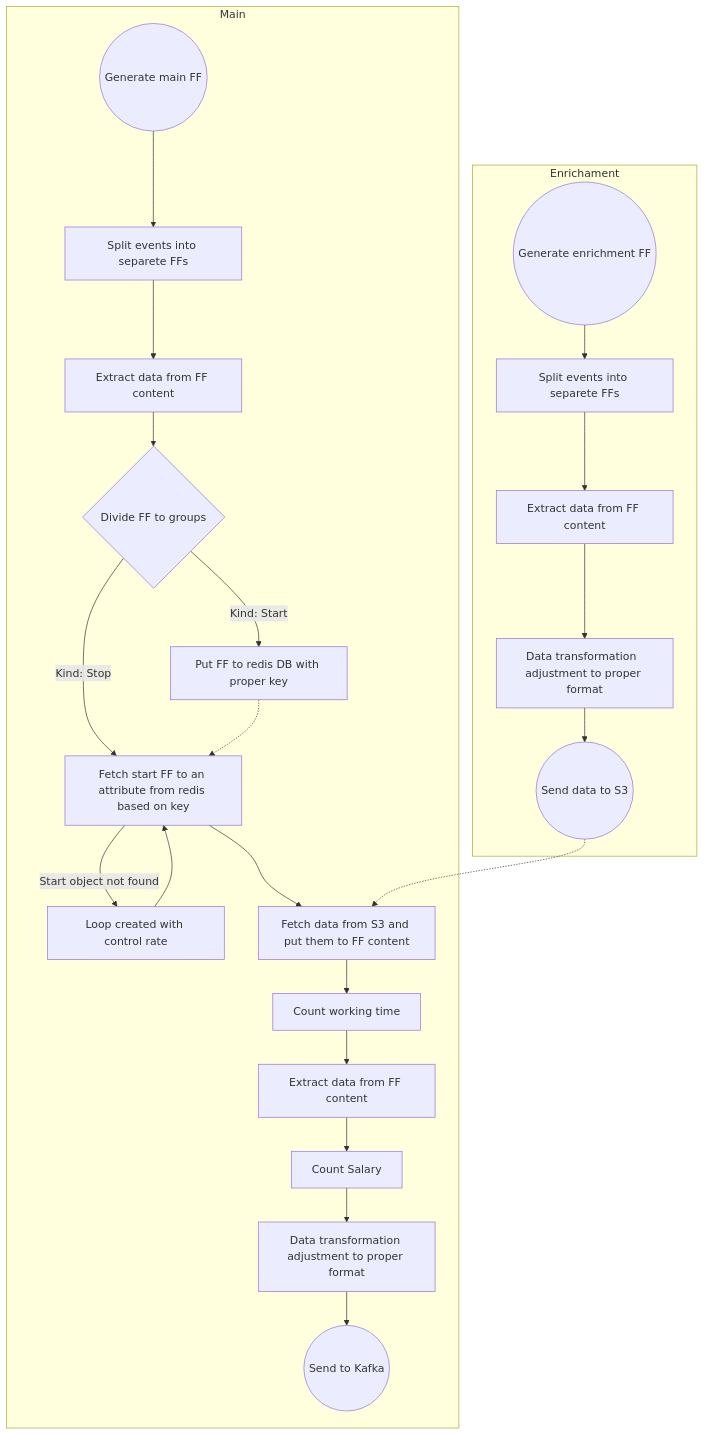
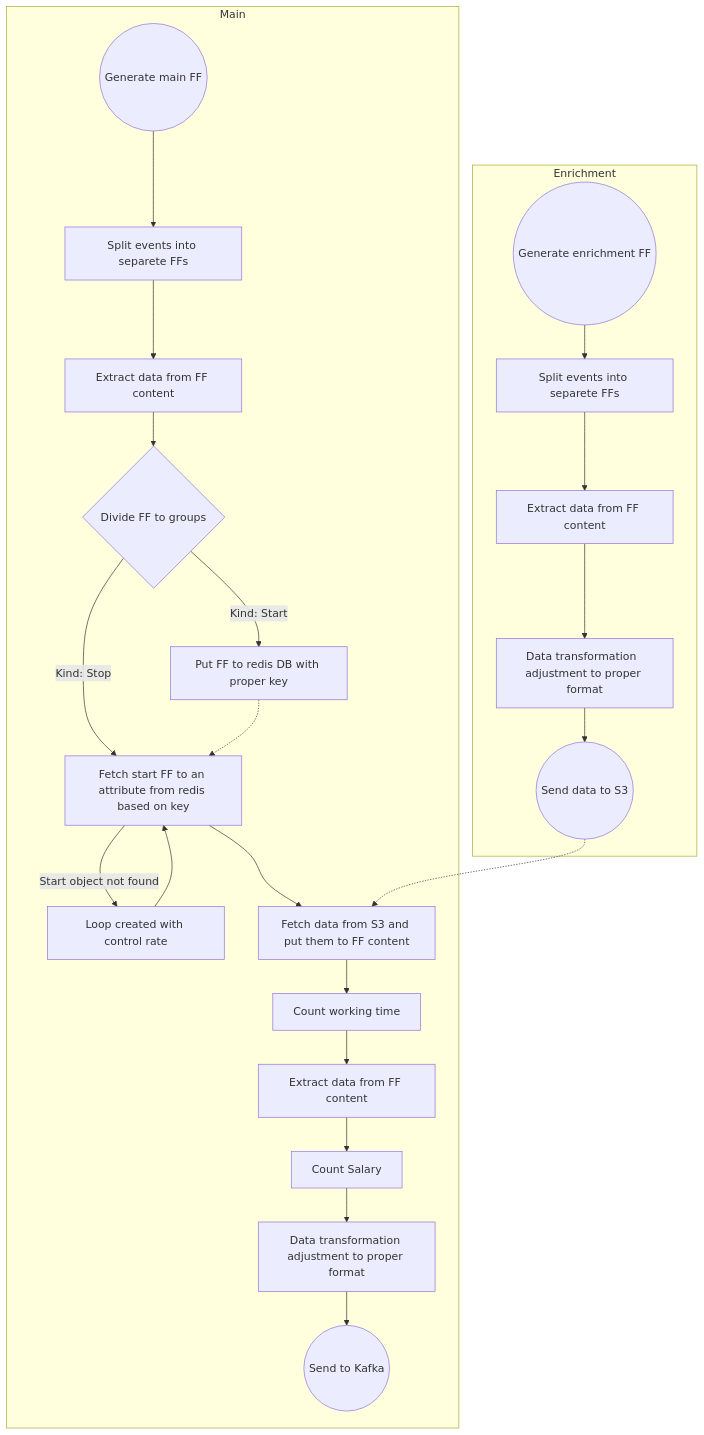
One commit to michal-kocur/NiFi-tutorial changed the diagram in Tasks/task2.md. Above: the diagram before and after it, drawn with Mermaid. The commit also changed other lines of this file and 8 other files, not shown here.

````diff
--- a/Tasks/task2.md
+++ b/Tasks/task2.md
@@ -83,26 +92,26 @@
 ```mermaid
 flowchart TD
 	subgraph Main
 		A((Generate main FF)) --> L[Split events into separete FFs]
 		L --> N[Extract data from FF content]
 		N --> B{Divide FF to groups}
 		B -- Kind: Start --> C[Put FF to redis DB with proper key]
 		B -- Kind: Stop --> D[Fetch start FF to an attribute from redis based on key ]
 		D -- Start object not found --> P[Loop created with control rate]
 		P --> D
 		D --> F[Fetch data from S3 and put them to FF content]
 		F --> R[Count working time]
 		R --> S[Extract data from FF content]
 		S --> T[Count Salary]
 		T --> G[Data transformation adjustment to proper format]
 		G --> H((Send to Kafka))
 		C -.-> D
 	end 
-	subgraph Enrichament
+	subgraph Enrichment
 		I((Generate enrichment FF)) --> M[Split events into separete FFs]
 		M --> O[Extract data from FF content]
 		O --> J[Data transformation  adjustment to proper format]
 		J --> K((Send data to S3))
 		K -.-> F
 	end
 ```
````
